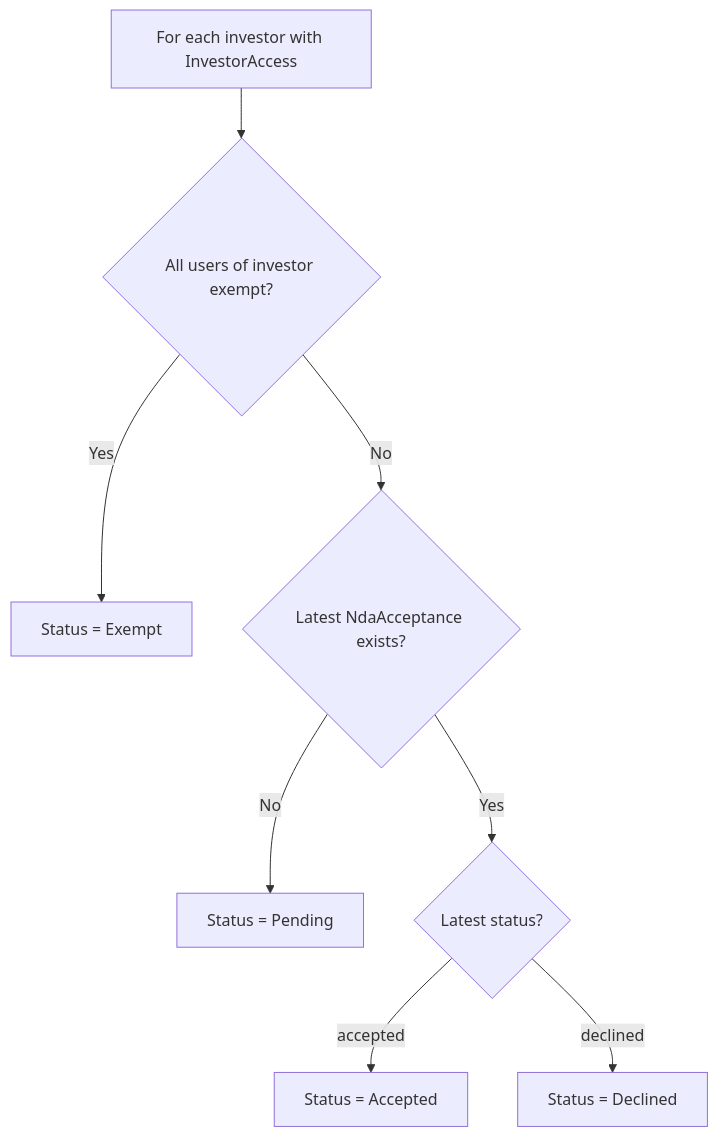
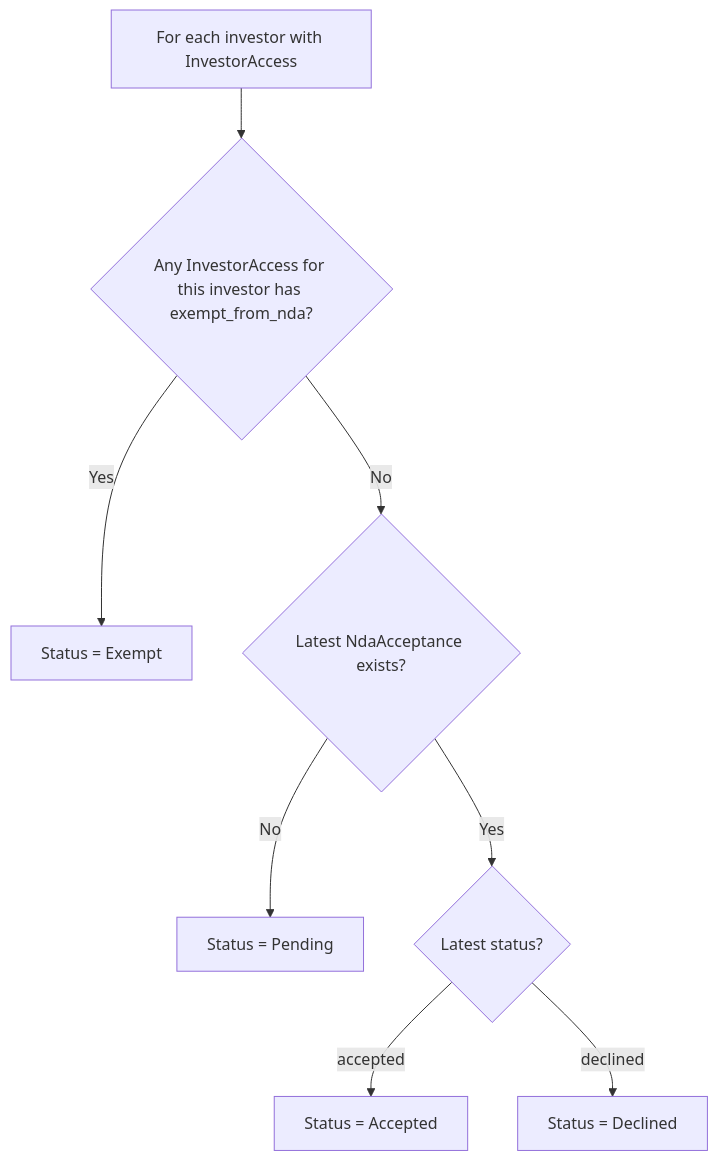
One commit to sampadadiwan/IRM_CompanyMain changed the eighth of 9 diagrams in openspec/changes/nda-data-room-module-3-gp-dashboard/design.md. Above: the diagram before and after it, drawn with Mermaid. The commit also changed other lines of this file and 22 other files, not shown here.

````diff
--- a/openspec/changes/nda-data-room-module-3-gp-dashboard/design.md
+++ b/openspec/changes/nda-data-room-module-3-gp-dashboard/design.md
@@ -408,10 +368,10 @@
 ```mermaid
 flowchart TD
-    A["For each investor with InvestorAccess"] --> B{"All users of investor exempt?"}
+    A["For each investor with InvestorAccess"] --> B{"Any InvestorAccess for this investor has exempt_from_nda?"}
     B -- Yes --> C["Status = Exempt"]
     B -- No --> D{"Latest NdaAcceptance exists?"}
     D -- No --> E["Status = Pending"]
     D -- Yes --> F{"Latest status?"}
     F -- accepted --> G["Status = Accepted"]
     F -- declined --> H["Status = Declined"]
 ```
````
